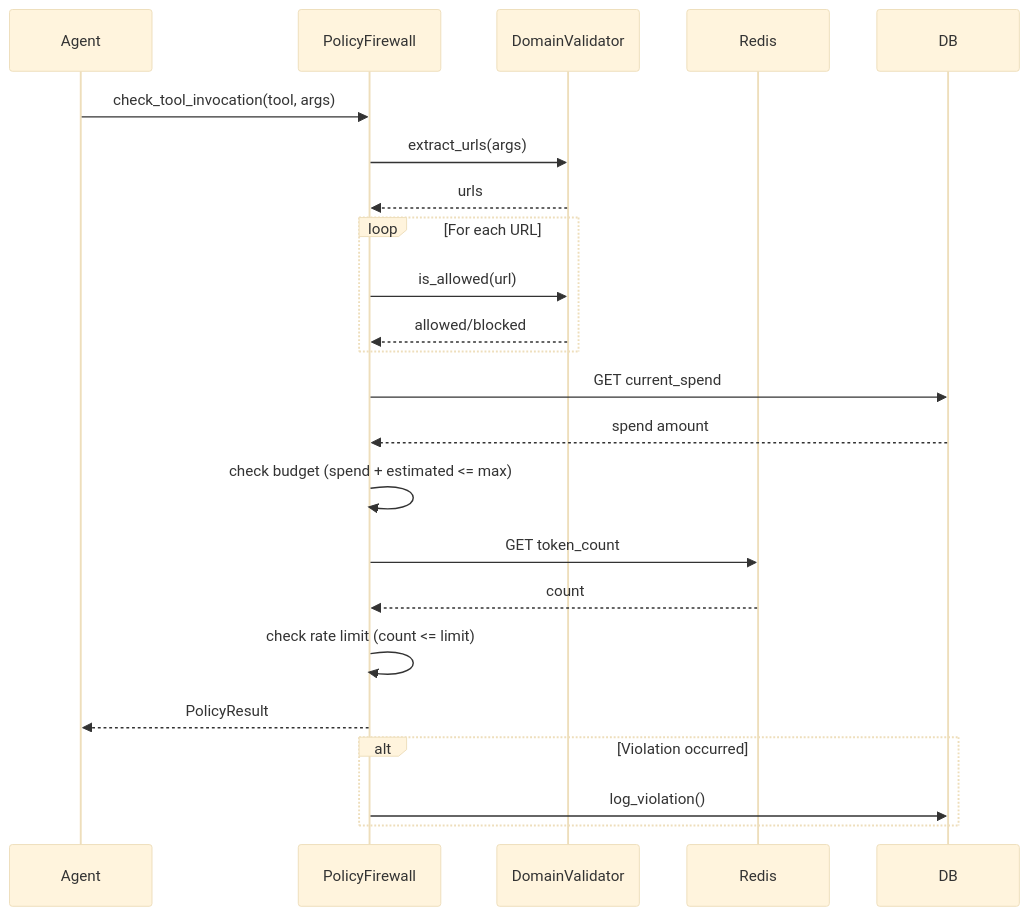
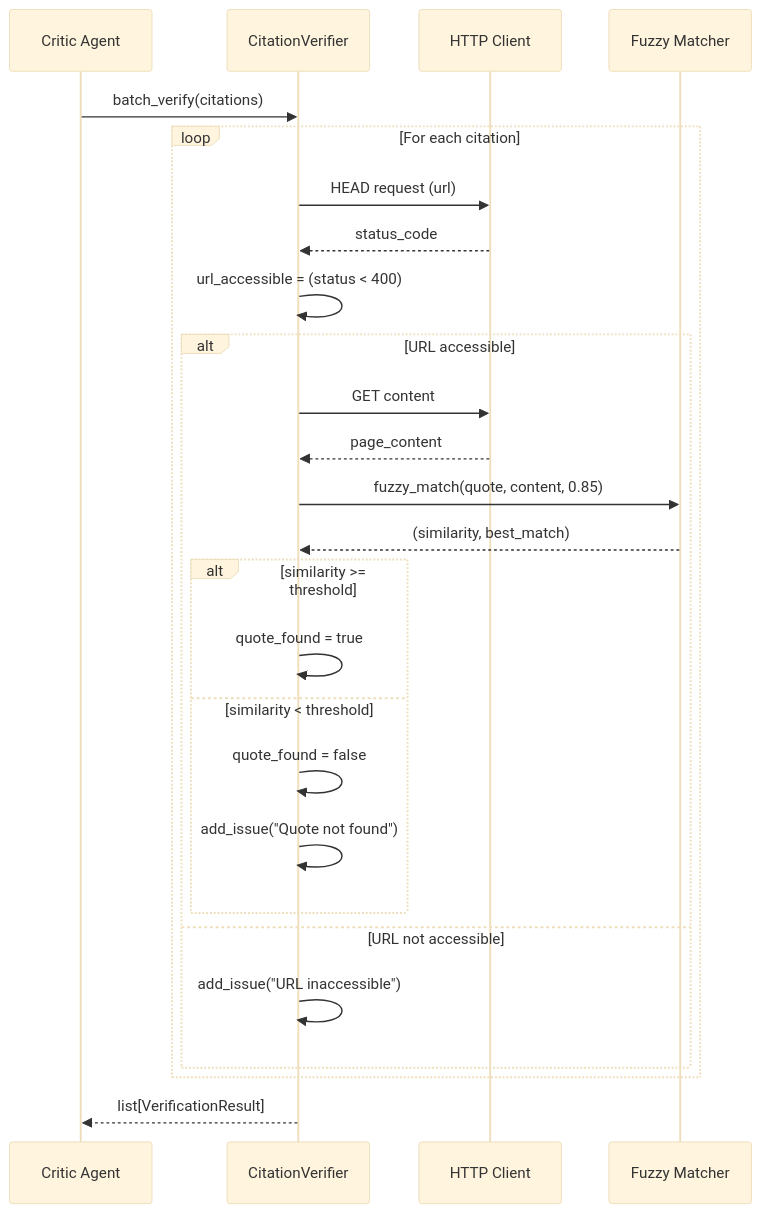
Diagram 19 of 26 in docs/LLD.md (satyamaix/DeepResearchX), drawn with Mermaid (base theme) before and after one commit. The commit also changed other lines of this file and 2 other files, not shown here.

````diff
--- a/docs/LLD.md
+++ b/docs/LLD.md
@@ -606,32 +1124,33 @@
 ```mermaid
 sequenceDiagram
-    participant Agent
-    participant PF as PolicyFirewall
-    participant DV as DomainValidator
-    participant Redis
-    participant DB
+    participant Critic as Critic Agent
+    participant CV as CitationVerifier
+    participant HTTP as HTTP Client
+    participant Fuzzy as Fuzzy Matcher
 
-    Agent->>PF: check_tool_invocation(tool, args)
+    Critic->>CV: batch_verify(citations)
 
-    PF->>DV: extract_urls(args)
-    DV-->>PF: urls
+    loop For each citation
+        CV->>HTTP: HEAD request (url)
+        HTTP-->>CV: status_code
+        CV->>CV: url_accessible = (status < 400)
 
-    loop For each URL
-        PF->>DV: is_allowed(url)
-        DV-->>PF: allowed/blocked
+        alt URL accessible
+            CV->>HTTP: GET content
+            HTTP-->>CV: page_content
+            CV->>Fuzzy: fuzzy_match(quote, content, 0.85)
+            Fuzzy-->>CV: (similarity, best_match)
+
+            alt similarity >= threshold
+                CV->>CV: quote_found = true
+            else similarity < threshold
+                CV->>CV: quote_found = false
+                CV->>CV: add_issue("Quote not found")
+            end
+        else URL not accessible
+            CV->>CV: add_issue("URL inaccessible")
+        end
     end
 
-    PF->>DB: GET current_spend
-    DB-->>PF: spend amount
-    PF->>PF: check budget (spend + estimated <= max)
-
-    PF->>Redis: GET token_count
-    Redis-->>PF: count
-    PF->>PF: check rate limit (count <= limit)
-
-    PF-->>Agent: PolicyResult
-
-    alt Violation occurred
-        PF->>DB: log_violation()
-    end
+    CV-->>Critic: list[VerificationResult]
 ```
````
